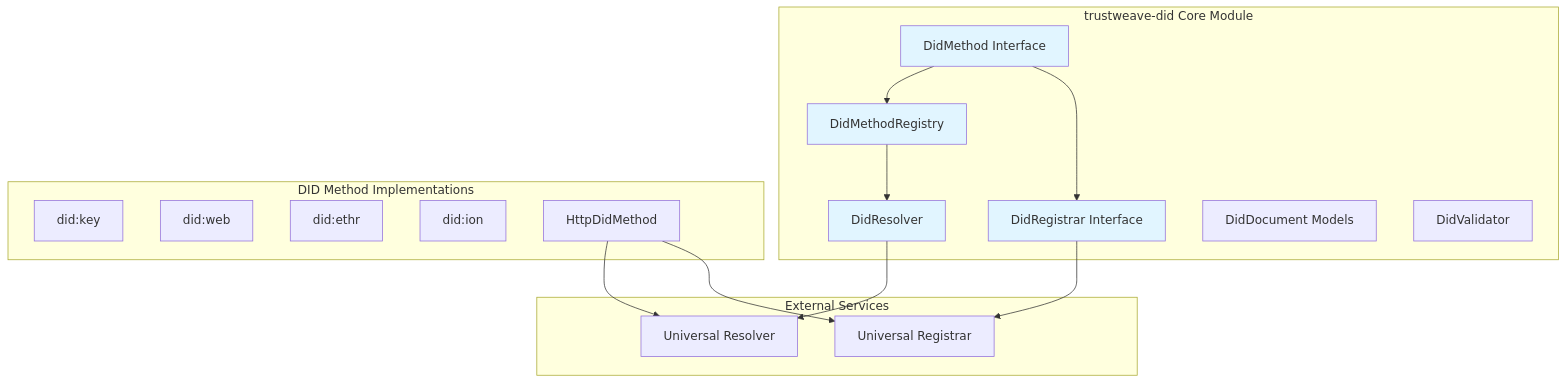
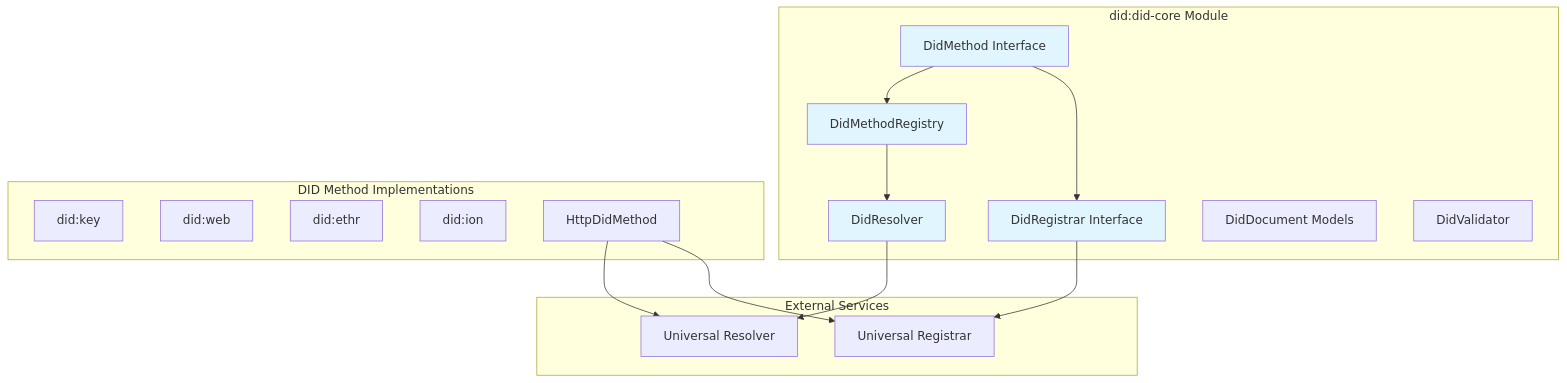
Before and after one commit to geoknoesis/trustweave: the first of 3 diagrams in docs/modules/trustweave-did.md, drawn with Mermaid. The commit also changed other lines of this file and 184 other files, not shown here.

````diff
--- a/docs/modules/trustweave-did.md
+++ b/docs/modules/trustweave-did.md
@@ -36,37 +36,37 @@
 ```mermaid
 graph TB
-    subgraph "trustweave-did Core Module"
+    subgraph "did:did-core Module"
         DidMethod[DidMethod Interface]
         DidMethodRegistry[DidMethodRegistry]
         DidResolver[DidResolver]
         DidRegistrar[DidRegistrar Interface]
         DidDocument[DidDocument Models]
         DidValidator[DidValidator]
     end
 
     subgraph "DID Method Implementations"
         KeyMethod[did:key]
         WebMethod[did:web]
         EthrMethod[did:ethr]
         IonMethod[did:ion]
         HttpMethod[HttpDidMethod]
     end
 
     subgraph "External Services"
         UniversalResolver[Universal Resolver]
         UniversalRegistrar[Universal Registrar]
     end
 
     DidMethod --> DidMethodRegistry
     DidMethodRegistry --> DidResolver
     DidMethod --> DidRegistrar
     DidResolver --> UniversalResolver
     HttpMethod --> UniversalResolver
     HttpMethod --> UniversalRegistrar
     DidRegistrar --> UniversalRegistrar
 
     style DidMethod fill:#e1f5ff
     style DidMethodRegistry fill:#e1f5ff
     style DidResolver fill:#e1f5ff
     style DidRegistrar fill:#e1f5ff
 ```
````
